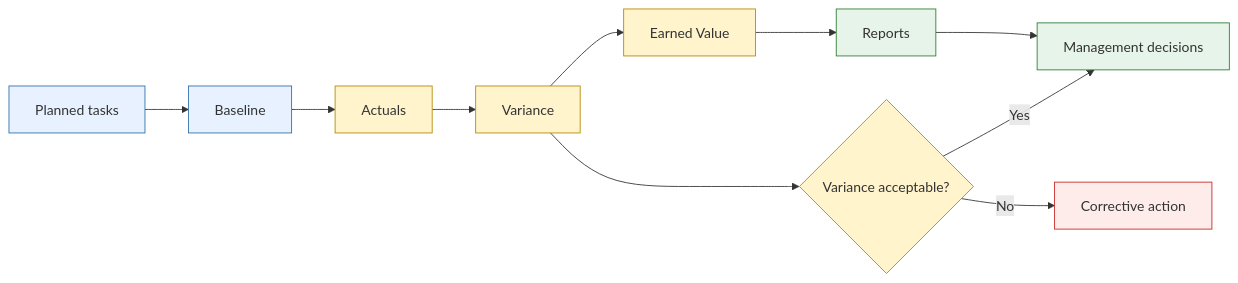
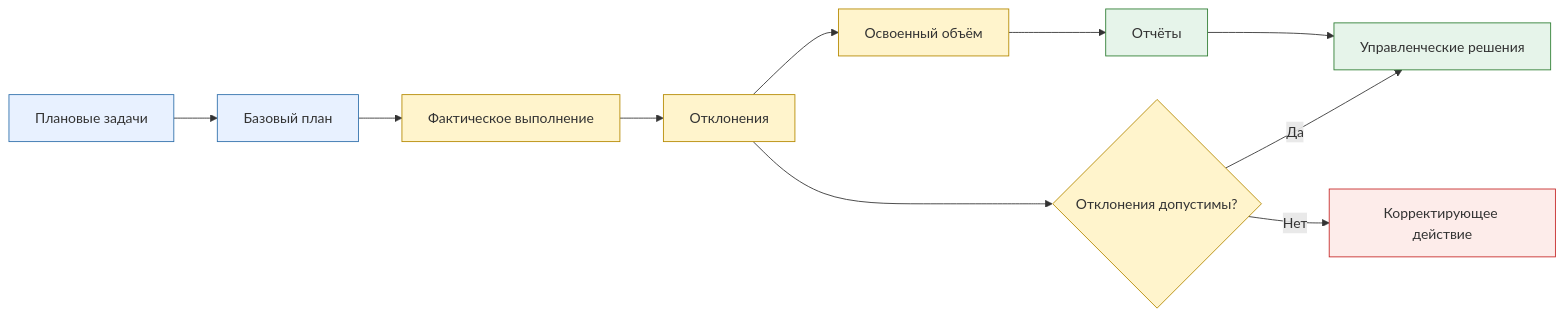
The fifth of 5 diagrams in docs/visuals/project-dashboard.md (andreyobloff/IntelCarPricing), drawn with Mermaid before and after one commit. The commit also changed other lines of this file, not shown here.

````diff
--- a/docs/visuals/project-dashboard.md
+++ b/docs/visuals/project-dashboard.md
@@ -121,23 +124,23 @@
 ```mermaid
 flowchart LR
-    Plan["Planned tasks"] --> Base["Baseline"]
-    Base --> Actual["Actuals"]
-    Actual --> Var["Variance"]
-    Var --> EV["Earned Value"]
-    EV --> Reports["Reports"]
-    Reports --> Decision["Management decisions"]
+    Plan["Плановые задачи"] --> Base["Базовый план"]
+    Base --> Actual["Фактическое выполнение"]
+    Actual --> Var["Отклонения"]
+    Var --> EV["Освоенный объём"]
+    EV --> Reports["Отчёты"]
+    Reports --> Decision["Управленческие решения"]
 
-    Var --> Check1{"Variance acceptable?"}
-    Check1 -- Yes --> Decision
-    Check1 -- No --> Risk["Corrective action"]
+    Var --> Check1{"Отклонения допустимы?"}
+    Check1 -- "Да" --> Decision
+    Check1 -- "Нет" --> Risk["Корректирующее действие"]
 
     classDef plan fill:#e8f1ff,stroke:#2f6fab,stroke-width:1px;
     classDef control fill:#fff4cc,stroke:#b58900,stroke-width:1px;
     classDef output fill:#e6f4ea,stroke:#2e7d32,stroke-width:1px;
     classDef risk fill:#fdecea,stroke:#c62828,stroke-width:1px;
 
     class Plan,Base plan;
     class Actual,Var,EV,Check1 control;
     class Reports,Decision output;
     class Risk risk;
 ```
````
